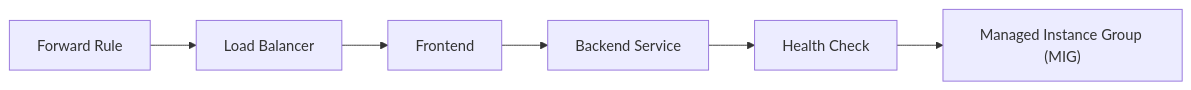
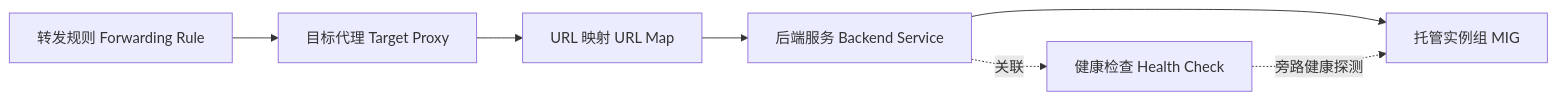
The first of 3 diagrams in gcp/gce/flow-fr-lb-mig.md (aibangjuxin/knowledge), drawn with Mermaid before and after one commit. The commit also changed other lines of this file and 3 other files, not shown here.

````diff
--- a/gcp/gce/flow-fr-lb-mig.md
+++ b/gcp/gce/flow-fr-lb-mig.md
@@ -1,9 +1,9 @@
 ```mermaid
 flowchart LR
-    A["Forward Rule"] --> B["Load Balancer"]
-    B --> C["Frontend"]
-    C --> D["Backend Service"]
-    D --> E["Health Check"]
-    E --> F["Managed Instance Group (MIG)"]
-
+    A["转发规则 Forwarding Rule"] --> B["目标代理 Target Proxy"]
+    B --> C["URL 映射 URL Map"]
+    C --> D["后端服务 Backend Service"]
+    D --> E["托管实例组 MIG"]
+    D -. "关联" .-> HC["健康检查 Health Check"]
+    HC -. "旁路健康探测" .-> E
 ```
````
